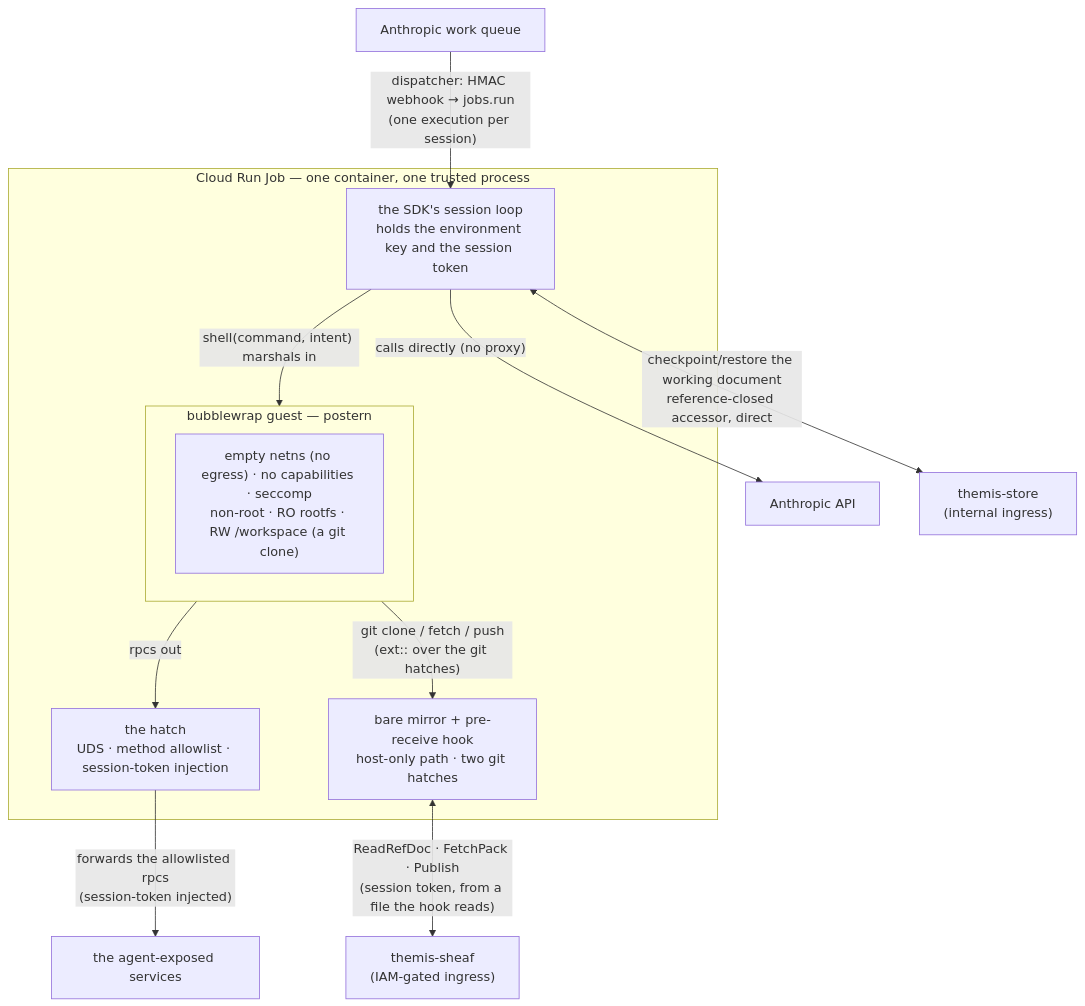
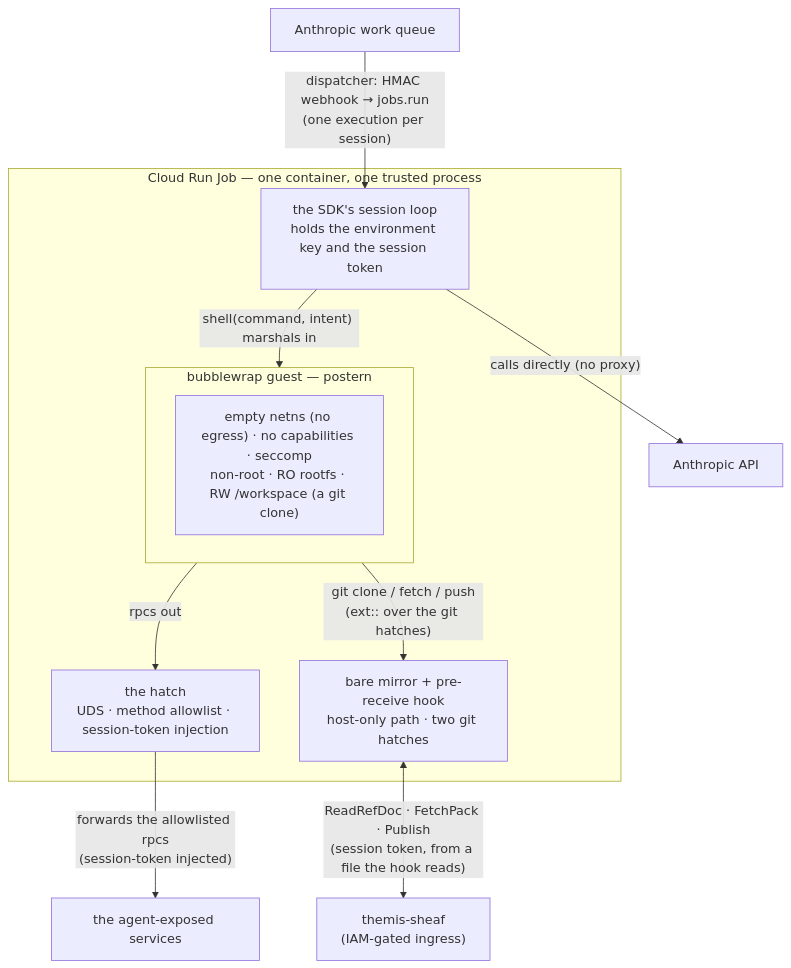
One commit to populationgenomics/themis changed the diagram in docs/design/sandbox-worker.md. Above: the diagram before and after it, drawn with Mermaid. The commit also changed other lines of this file and 77 other files, not shown here.

````diff
--- a/docs/design/sandbox-worker.md
+++ b/docs/design/sandbox-worker.md
@@ -94,22 +89,21 @@
 ```mermaid
 flowchart TB
     wq["Anthropic work queue"]
     wq -->|"dispatcher: HMAC webhook → jobs.run<br/>(one execution per session)"| worker
 
     subgraph job["Cloud Run Job — one container, one trusted process"]
         worker["the SDK's session loop<br/>holds the environment key and the session token"]
         hatch["the hatch<br/>UDS · method allowlist · session-token injection"]
         mirror["bare mirror + pre-receive hook<br/>host-only path · two git hatches"]
         subgraph guest["bubblewrap guest — postern"]
             iso["empty netns (no egress) · no capabilities · seccomp<br/>non-root · RO rootfs · RW /workspace (a git clone)"]
         end
         worker -->|"shell(command, intent) marshals in"| guest
         guest -->|"rpcs out"| hatch
         guest -->|"git clone / fetch / push<br/>(ext:: over the git hatches)"| mirror
     end
 
     worker -->|"calls directly (no proxy)"| anthropic["Anthropic API"]
-    worker <-->|"checkpoint/restore the working document<br/>reference-closed accessor, direct"| store["themis-store<br/>(internal ingress)"]
     mirror <-->|"ReadRefDoc · FetchPack · Publish<br/>(session token, from a file the hook reads)"| sheaf["themis-sheaf<br/>(IAM-gated ingress)"]
     hatch -->|"forwards the allowlisted rpcs<br/>(session-token injected)"| upstreams["the agent-exposed services"]
 ```
````
